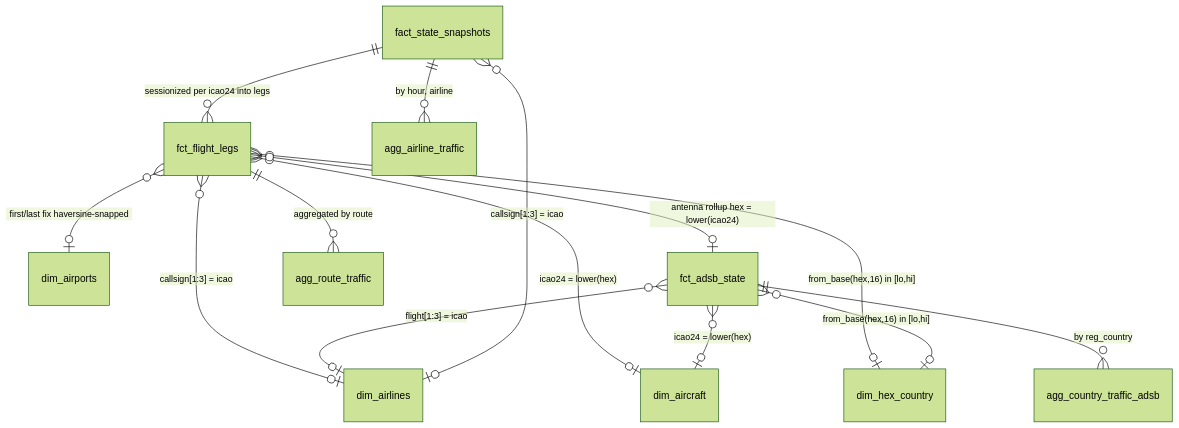
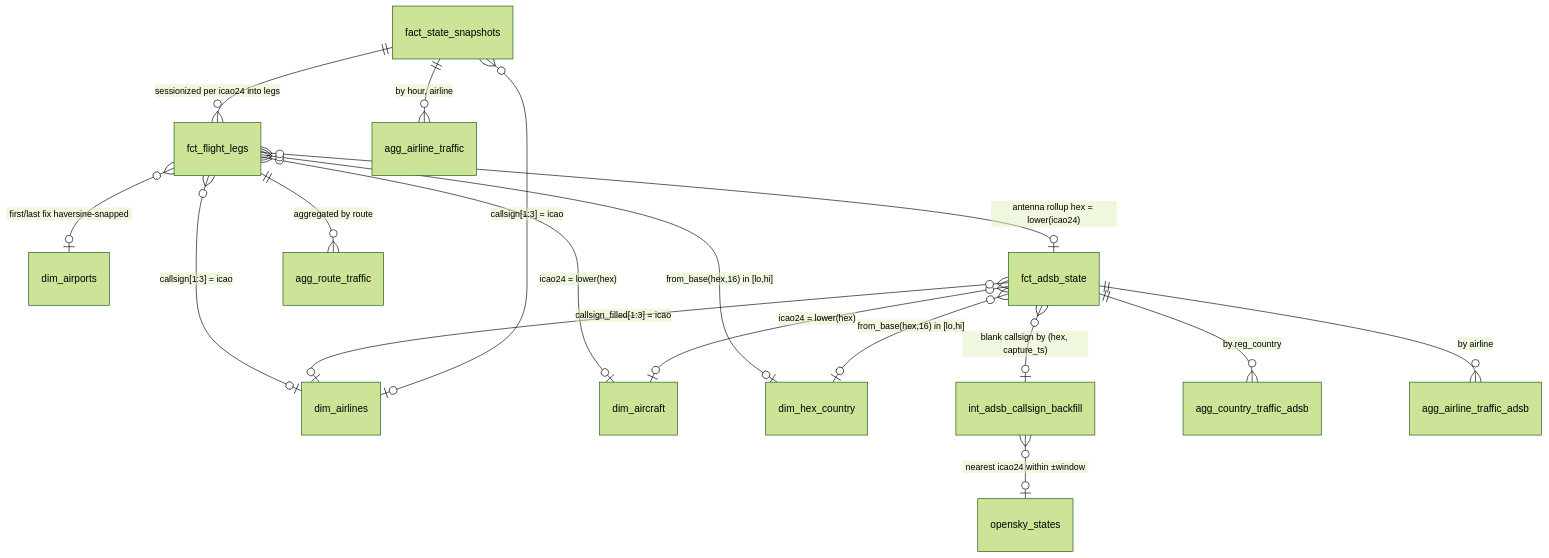
The second of 2 diagrams in docs/datalake.md (LaughingKuma/sancha1090), drawn with Mermaid (forest theme) before and after one commit. The commit also changed other lines of this file and 11 other files, not shown here.

First line of the commit message:
v5.12: ADS-B callsign backfill from OpenSky + rooftop airline mart

````diff
--- a/docs/datalake.md
+++ b/docs/datalake.md
@@ -81,16 +88,19 @@
 ```mermaid
 erDiagram
     fact_state_snapshots ||--o{ fct_flight_legs : "sessionized per icao24 into legs"
     fct_flight_legs }o--o| dim_airports : "first/last fix haversine-snapped"
     fct_flight_legs }o--o| dim_airlines : "callsign[1:3] = icao"
     fct_flight_legs }o--o| dim_aircraft : "icao24 = lower(hex)"
     fct_flight_legs }o--o| dim_hex_country : "from_base(hex,16) in [lo,hi]"
     fct_flight_legs }o--o| fct_adsb_state : "antenna rollup hex = lower(icao24)"
     fct_flight_legs ||--o{ agg_route_traffic : "aggregated by route"
     fct_adsb_state }o--o| dim_aircraft : "icao24 = lower(hex)"
-    fct_adsb_state }o--o| dim_airlines : "flight[1:3] = icao"
+    fct_adsb_state }o--o| dim_airlines : "callsign_filled[1:3] = icao"
     fct_adsb_state }o--o| dim_hex_country : "from_base(hex,16) in [lo,hi]"
+    fct_adsb_state }o--o| int_adsb_callsign_backfill : "blank callsign by (hex, capture_ts)"
+    int_adsb_callsign_backfill }o--o| opensky_states : "nearest icao24 within ±window"
     fct_adsb_state ||--o{ agg_country_traffic_adsb : "by reg_country"
+    fct_adsb_state ||--o{ agg_airline_traffic_adsb : "by airline"
     fact_state_snapshots }o--o| dim_airlines : "callsign[1:3] = icao"
     fact_state_snapshots ||--o{ agg_airline_traffic : "by hour, airline"
 ```
````
